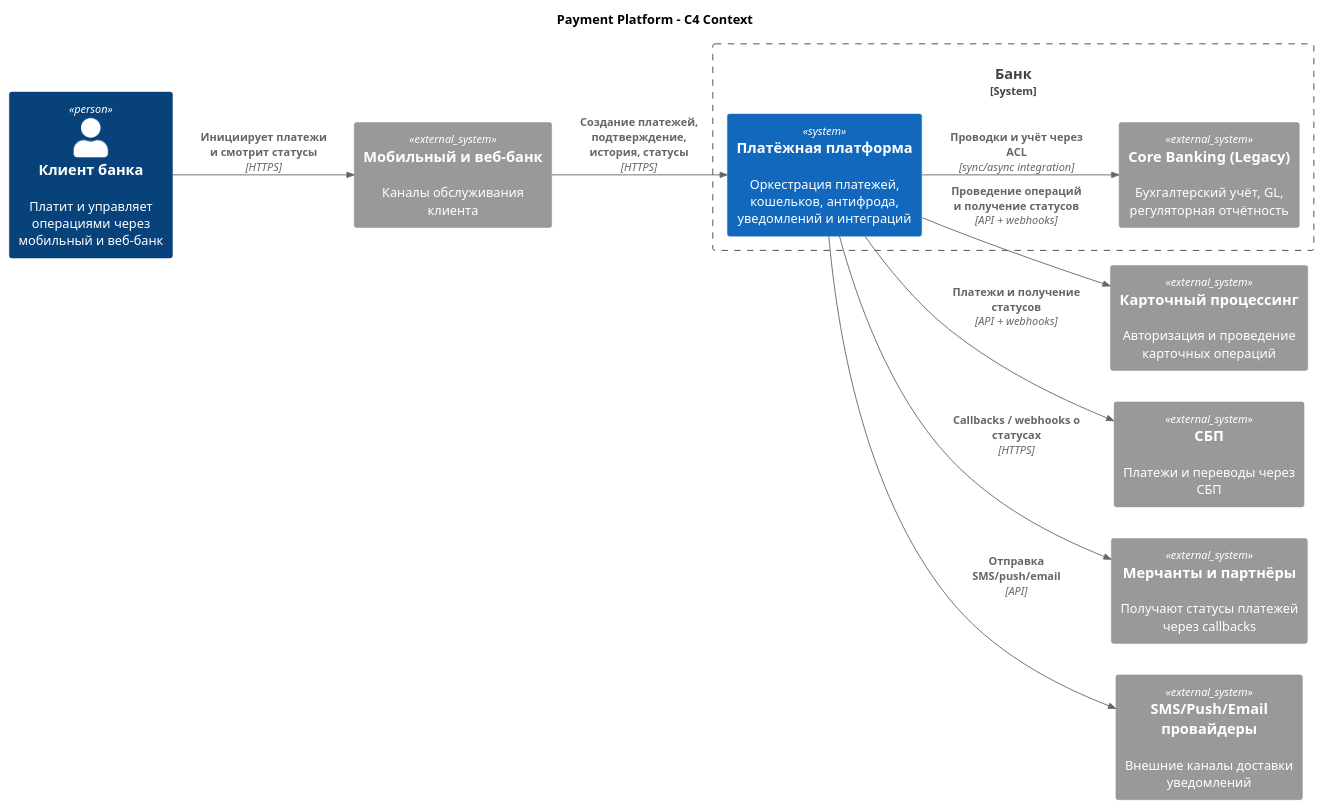
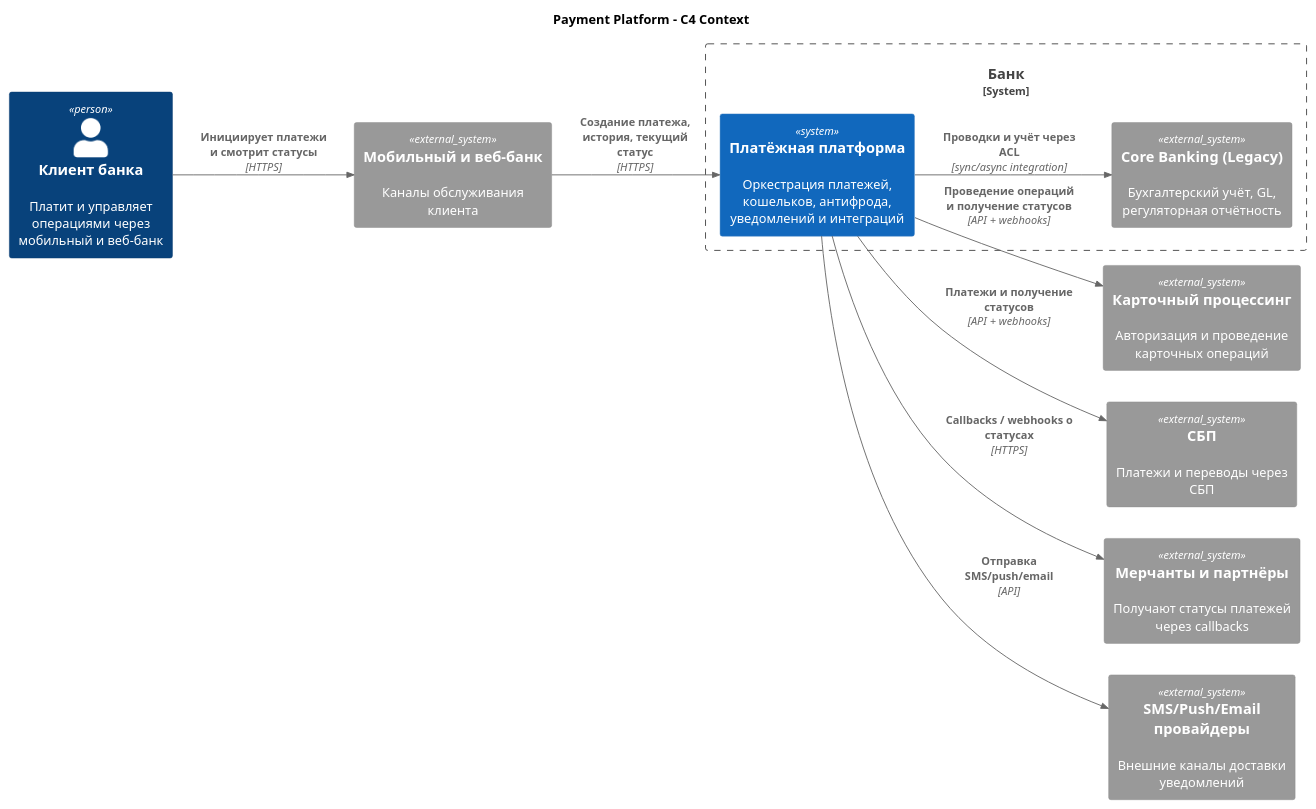
Before and after one commit to ZobovPA/sdia: the diagram in system-design/architecture/diagrams/c4-context.puml, drawn with PlantUML. The commit also changed 13 other files, not shown here.

```diff
--- a/system-design/architecture/diagrams/c4-context.puml
+++ b/system-design/architecture/diagrams/c4-context.puml
@@ -1,29 +1,29 @@
 @startuml
 !include https://raw.githubusercontent.com/plantuml-stdlib/C4-PlantUML/master/C4_Context.puml
 LAYOUT_LEFT_RIGHT()
 
 title Payment Platform - C4 Context
 
 Person(customer, "Клиент банка", "Платит и управляет операциями через мобильный и веб-банк")
 System_Ext(channels, "Мобильный и веб-банк", "Каналы обслуживания клиента")
 
 System_Boundary(bank, "Банк") {
   System(paymentPlatform, "Платёжная платформа", "Оркестрация платежей, кошельков, антифрода, уведомлений и интеграций")
   System_Ext(coreLegacy, "Core Banking (Legacy)", "Бухгалтерский учёт, GL, регуляторная отчётность")
 }
 
 System_Ext(cardProcessing, "Карточный процессинг", "Авторизация и проведение карточных операций")
 System_Ext(sbp, "СБП", "Платежи и переводы через СБП")
 System_Ext(merchants, "Мерчанты и партнёры", "Получают статусы платежей через callbacks")
 System_Ext(notificationProviders, "SMS/Push/Email провайдеры", "Внешние каналы доставки уведомлений")
 
 Rel(customer, channels, "Инициирует платежи и смотрит статусы", "HTTPS")
-Rel(channels, paymentPlatform, "Создание платежей, подтверждение, история, статусы", "HTTPS")
+Rel(channels, paymentPlatform, "Создание платежа, история, текущий статус", "HTTPS")
 
 Rel(paymentPlatform, cardProcessing, "Проведение операций и получение статусов", "API + webhooks")
 Rel(paymentPlatform, sbp, "Платежи и получение статусов", "API + webhooks")
 Rel(paymentPlatform, merchants, "Callbacks / webhooks о статусах", "HTTPS")
 Rel(paymentPlatform, notificationProviders, "Отправка SMS/push/email", "API")
 Rel(paymentPlatform, coreLegacy, "Проводки и учёт через ACL", "sync/async integration")
 
 @enduml
```
